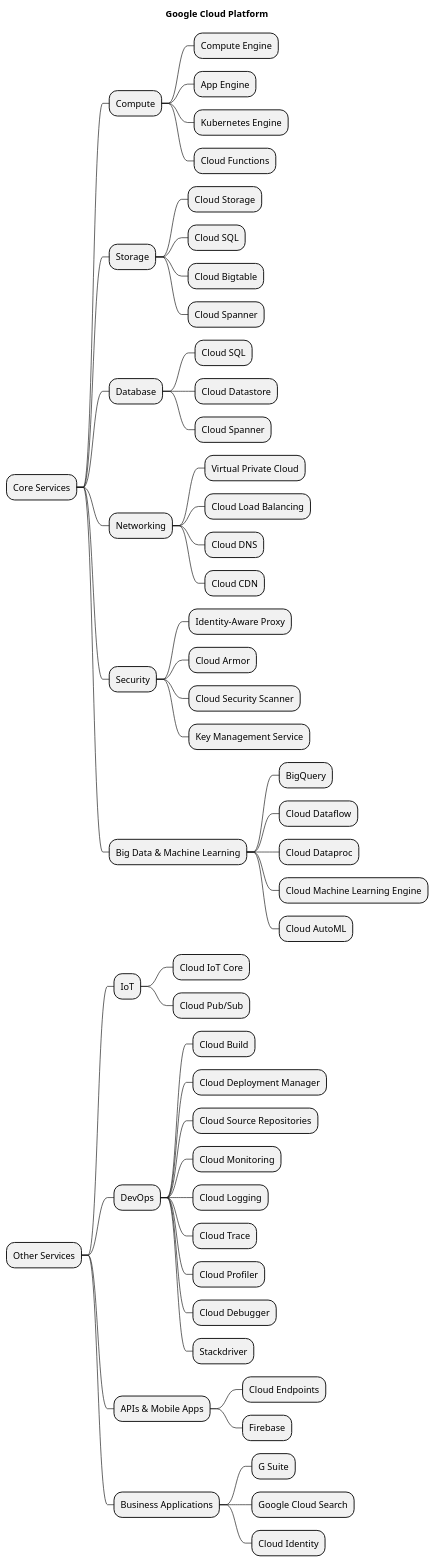
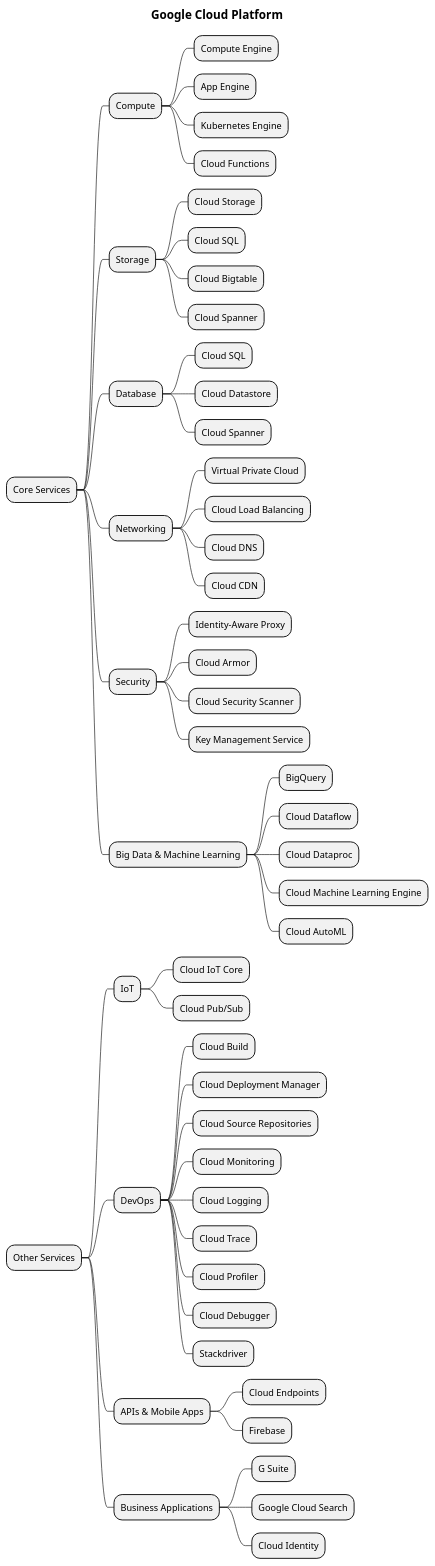
Before and after one commit to MehmoodHashmi/Documentation-as-Code-DaC: the diagram in docs/devops/devops-plantuml-mindmap/google-cloud-platform.puml, drawn with PlantUML. The commit also changed 2 other files, not shown here.

Commit message:
add new mindmaps

```diff
--- a/docs/devops/devops-plantuml-mindmap/google-cloud-platform.puml
+++ b/docs/devops/devops-plantuml-mindmap/google-cloud-platform.puml
@@ -1,55 +1,55 @@
 @startmindmap
-title Google Cloud Platform
+title =  Google Cloud Platform
 * Core Services
 ** Compute
 *** Compute Engine
 *** App Engine
 *** Kubernetes Engine
 *** Cloud Functions
 ** Storage
 *** Cloud Storage
 *** Cloud SQL
 *** Cloud Bigtable
 *** Cloud Spanner
 ** Database
 *** Cloud SQL
 *** Cloud Datastore
 *** Cloud Spanner
 ** Networking
 *** Virtual Private Cloud
 *** Cloud Load Balancing
 *** Cloud DNS
 *** Cloud CDN
 ** Security
 *** Identity-Aware Proxy
 *** Cloud Armor
 *** Cloud Security Scanner
 *** Key Management Service
 ** Big Data & Machine Learning
 *** BigQuery
 *** Cloud Dataflow
 *** Cloud Dataproc
 *** Cloud Machine Learning Engine
 *** Cloud AutoML
 * Other Services
 ** IoT
 *** Cloud IoT Core
 *** Cloud Pub/Sub
 ** DevOps
 *** Cloud Build
 *** Cloud Deployment Manager
 *** Cloud Source Repositories
 *** Cloud Monitoring
 *** Cloud Logging
 *** Cloud Trace
 *** Cloud Profiler
 *** Cloud Debugger
 *** Stackdriver
 ** APIs & Mobile Apps
 *** Cloud Endpoints
 *** Firebase
 ** Business Applications
 *** G Suite
 *** Google Cloud Search
 *** Cloud Identity
 @endmindmap
```
